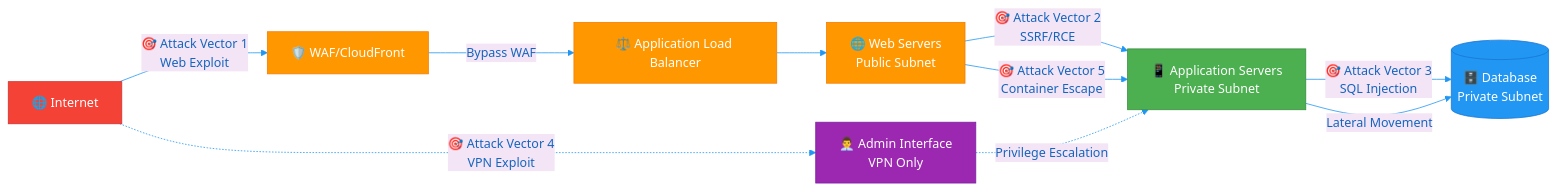
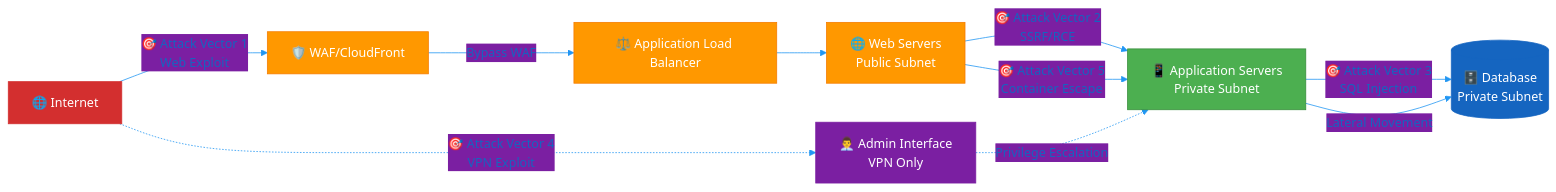
Before and after one commit to Hack23/ISMS-PUBLIC: the third of 10 diagrams in Threat_Modeling.md, drawn with Mermaid. The commit also changed other lines of this file and 35 other files, not shown here.

````diff
--- a/Threat_Modeling.md
+++ b/Threat_Modeling.md
@@ -318,46 +318,46 @@
 ```mermaid
 %%{
   init: {
     'theme': 'base',
     'themeVariables': {
-      'primaryColor': '#e3f2fd',
-      'primaryTextColor': '#1565c0',
-      'lineColor': '#2196f3',
-      'secondaryColor': '#f3e5f5',
-      'tertiaryColor': '#e8f5e9'
+      'primaryColor': '#1565C0',
+      'primaryTextColor': '#1565C0',
+      'lineColor': '#2196F3',
+      'secondaryColor': '#7B1FA2',
+      'tertiaryColor': '#4CAF50'
     }
   }
 }%%
 graph LR
     INTERNET[🌐 Internet]
     WAF[🛡️ WAF/CloudFront]
     ALB[⚖️ Application Load Balancer]
     WEB[🌐 Web Servers<br/>Public Subnet]
     APP[📱 Application Servers<br/>Private Subnet]
     DB[(🗄️ Database<br/>Private Subnet)]
     ADMIN[👨‍💼 Admin Interface<br/>VPN Only]
     
     INTERNET -->|"🎯 Attack Vector 1<br/>Web Exploit"| WAF
     WAF -->|"Bypass WAF"| ALB
     ALB --> WEB
     WEB -->|"🎯 Attack Vector 2<br/>SSRF/RCE"| APP
     APP -->|"🎯 Attack Vector 3<br/>SQL Injection"| DB
     
     INTERNET -.->|"🎯 Attack Vector 4<br/>VPN Exploit"| ADMIN
     ADMIN -.->|"Privilege Escalation"| APP
     
     WEB -->|"🎯 Attack Vector 5<br/>Container Escape"| APP
     APP -->|"Lateral Movement"| DB
     
-    classDef internet fill:#f44336,stroke:#d32f2f,color:#fff
-    classDef public fill:#ff9800,stroke:#f57c00,color:#fff
-    classDef private fill:#4caf50,stroke:#388e3c,color:#fff
-    classDef database fill:#2196f3,stroke:#1976d2,color:#fff
-    classDef admin fill:#9c27b0,stroke:#7b1fa2,color:#fff
+    classDef internet fill:#D32F2F,stroke:#D32F2F,color:#fff
+    classDef public fill:#FF9800,stroke:#F57C00,color:#fff
+    classDef private fill:#4CAF50,stroke:#388E3C,color:#fff
+    classDef database fill:#1565C0,stroke:#1565C0,color:#fff
+    classDef admin fill:#7B1FA2,stroke:#7B1FA2,color:#fff
     
     class INTERNET internet
     class WAF,ALB,WEB public
     class APP private
     class DB,BACKUP database
     class ADMIN admin
 ```
````
